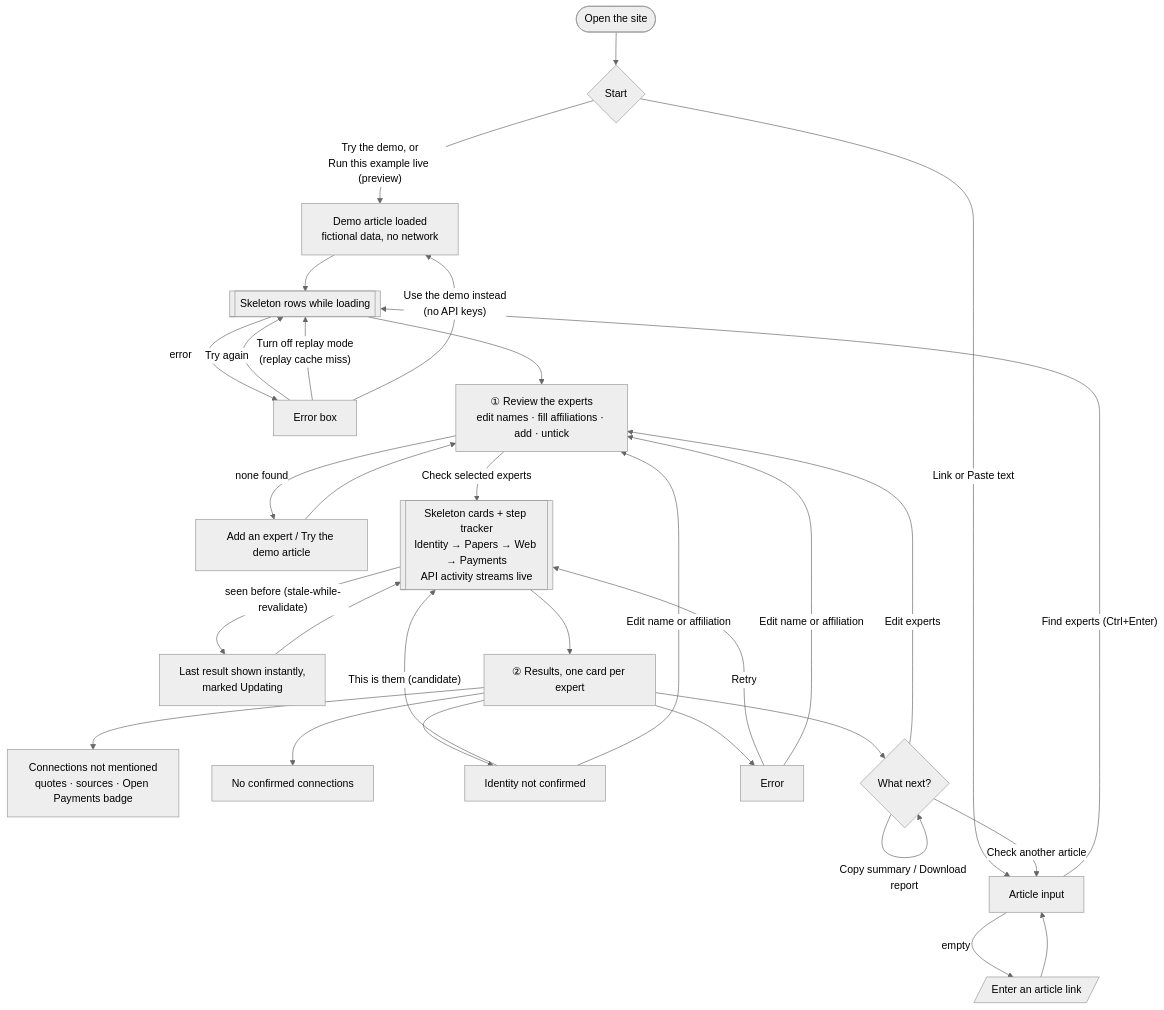
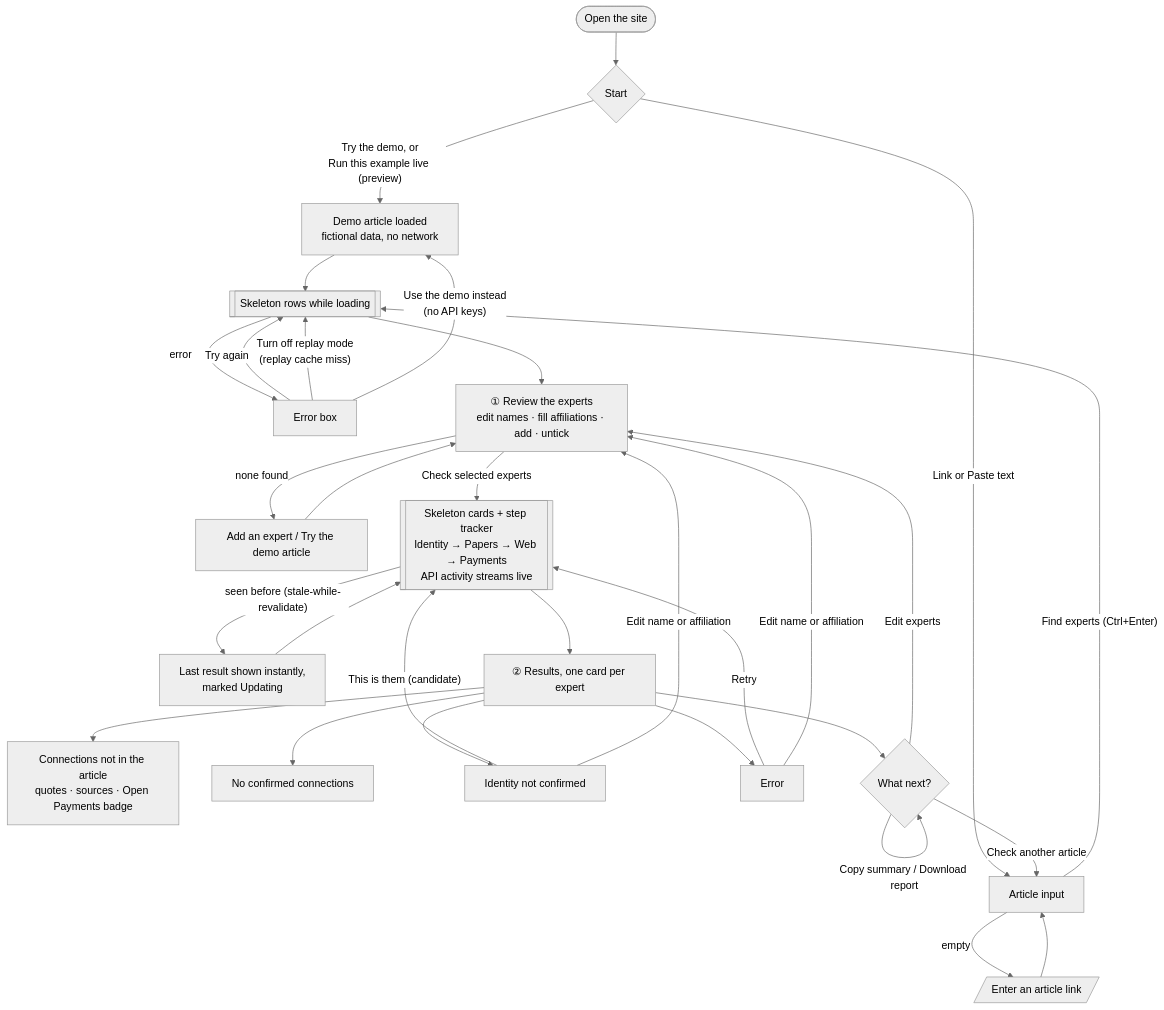
The second of 3 diagrams in README.md (Cory585/Hack1984), drawn with Mermaid (neutral theme) before and after one commit. The commit also changed other lines of this file and 1 other file, not shown here.

Commit message:
Results: clearer labels (N connections not in the article, Not in the article heading, Show N more, already mentioned)

````diff
--- a/README.md
+++ b/README.md
@@ -75,30 +75,30 @@
 ```mermaid
 flowchart TD
     A([Open the site]) --> B{Start}
     B -->|"Try the demo, or<br/>Run this example live (preview)"| D[Demo article loaded<br/>fictional data, no network]
     B -->|Link or Paste text| C[Article input]
     C -->|"Find experts (Ctrl+Enter)"| E[[Skeleton rows while loading]]
     D --> E
     C -->|empty| C1[/"Enter an article link"/] --> C
     E -->|error| X1[Error box]
     X1 -->|Try again| E
     X1 -->|"Turn off replay mode<br/>(replay cache miss)"| E
     X1 -->|"Use the demo instead<br/>(no API keys)"| D
     E --> F["① Review the experts<br/>edit names · fill affiliations · add · untick"]
     F -->|none found| F1[Add an expert / Try the demo article] --> F
     F -->|Check selected experts| G[[Skeleton cards + step tracker<br/>Identity → Papers → Web → Payments<br/>API activity streams live]]
     G -->|"seen before (stale-while-revalidate)"| G1[Last result shown instantly,<br/>marked Updating] --> G
     G --> H["② Results, one card per expert"]
-    H --> S1[Connections not mentioned<br/>quotes · sources · Open Payments badge]
+    H --> S1[Connections not in the article<br/>quotes · sources · Open Payments badge]
     H --> S2[No confirmed connections]
     H --> S3[Identity not confirmed]
     H --> S4[Error]
     S3 -->|"This is them (candidate)"| G
     S3 -->|Edit name or affiliation| F
     S4 -->|Retry| G
     S4 -->|Edit name or affiliation| F
     H --> N{What next?}
     N -->|Edit experts| F
     N -->|Copy summary / Download report| N
     N -->|Check another article| C
 ```
````
